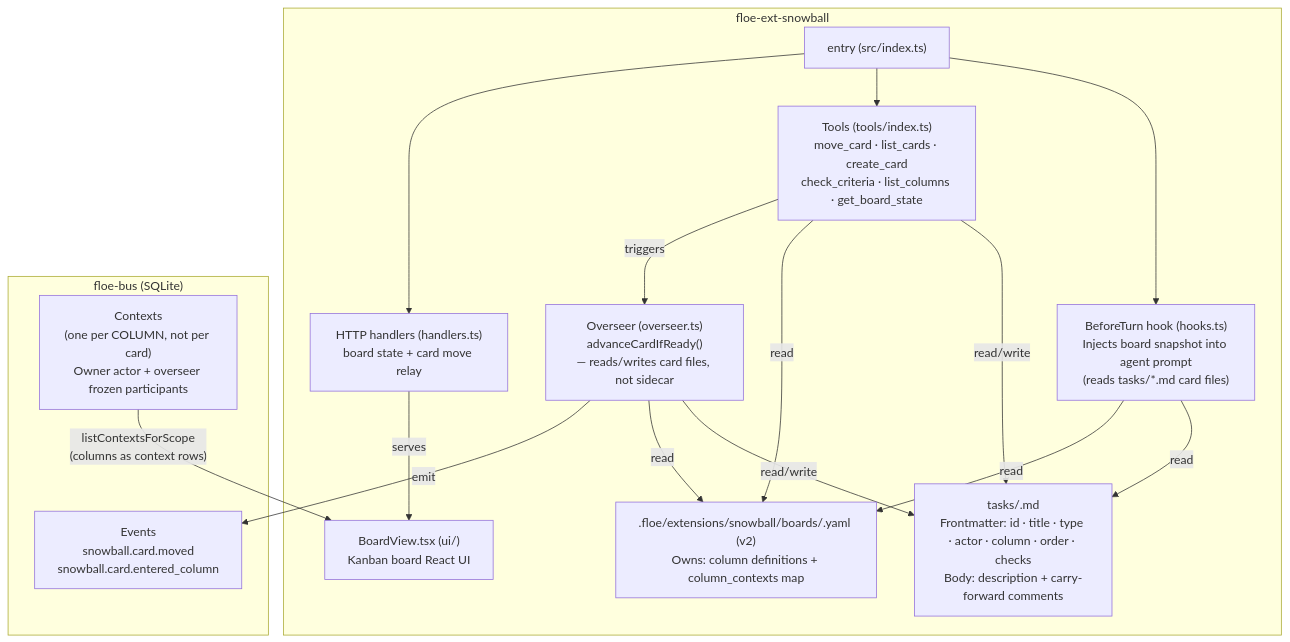
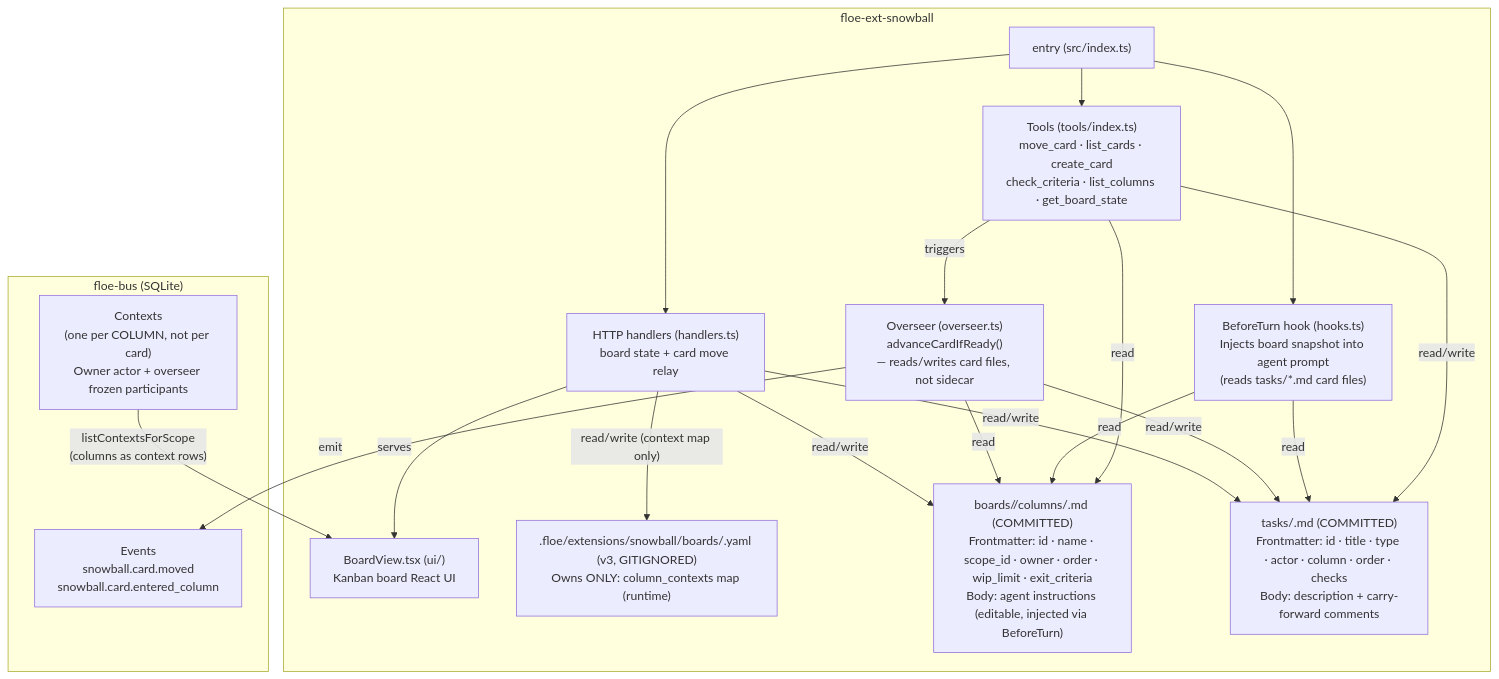
Before and after one commit to floe-ai/floe-subtrate: the eighth of 12 diagrams in docs/architecture/overview.md, drawn with Mermaid. The commit also changed other lines of this file and 18 other files, not shown here.

First line of the commit message:
feat(snowball): column definitions as committed files with agent instructions (Slice 2) (#88)

````diff
--- a/docs/architecture/overview.md
+++ b/docs/architecture/overview.md
@@ -319,48 +319,54 @@
 ```mermaid
 graph TD
     subgraph EXT["floe-ext-snowball"]
         SBX["entry (src/index.ts)"]
         HOOK["BeforeTurn hook (hooks.ts)
 Injects board snapshot into agent prompt
 (reads tasks/*.md card files)"]
         TOOLS["Tools (tools/index.ts)
 move_card · list_cards · create_card
 check_criteria · list_columns · get_board_state"]
         OVERSEER["Overseer (overseer.ts)
 advanceCardIfReady()
 — reads/writes card files, not sidecar"]
         HTTP["HTTP handlers (handlers.ts)
 board state + card move relay"]
         UI["BoardView.tsx (ui/)
 Kanban board React UI"]
-        SIDECAR[".floe/extensions/snowball/boards/<slug>.yaml (v2)
-Owns: column definitions + column_contexts map"]
-        CARDS["tasks/<id>.md
+        SIDECAR[".floe/extensions/snowball/boards/<slug>.yaml (v3, GITIGNORED)
+Owns ONLY: column_contexts map (runtime)"]
+        COL_FILES["boards/<slug>/columns/<id>.md (COMMITTED)
+Frontmatter: id · name · scope_id · owner · order · wip_limit · exit_criteria
+Body: agent instructions (editable, injected via BeforeTurn)"]
+        CARDS["tasks/<id>.md (COMMITTED)
 Frontmatter: id · title · type · actor · column · order · checks
 Body: description + carry-forward comments"]
     end
 
     subgraph BUS["floe-bus (SQLite)"]
         BUS_EV["Events
 snowball.card.moved
 snowball.card.entered_column"]
         BUS_CTX["Contexts
 (one per COLUMN, not per card)
 Owner actor + overseer frozen participants"]
     end
 
     SBX --> HOOK
     SBX --> TOOLS
     SBX --> HTTP
     TOOLS -->|"read/write"| CARDS
-    TOOLS -->|"read"| SIDECAR
+    TOOLS -->|"read"| COL_FILES
     HOOK -->|"read"| CARDS
-    HOOK -->|"read"| SIDECAR
+    HOOK -->|"read"| COL_FILES
     OVERSEER -->|"read/write"| CARDS
-    OVERSEER -->|"read"| SIDECAR
+    OVERSEER -->|"read"| COL_FILES
     TOOLS -->|"triggers"| OVERSEER
     OVERSEER -->|"emit"| BUS_EV
+    HTTP -->|"read/write"| COL_FILES
+    HTTP -->|"read/write"| CARDS
+    HTTP -->|"read/write (context map only)"| SIDECAR
     HTTP -->|"serves"| UI
     BUS_CTX -->|"listContextsForScope
 (columns as context rows)"| UI
 ```
````
